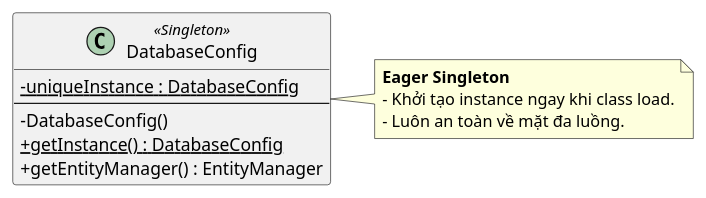
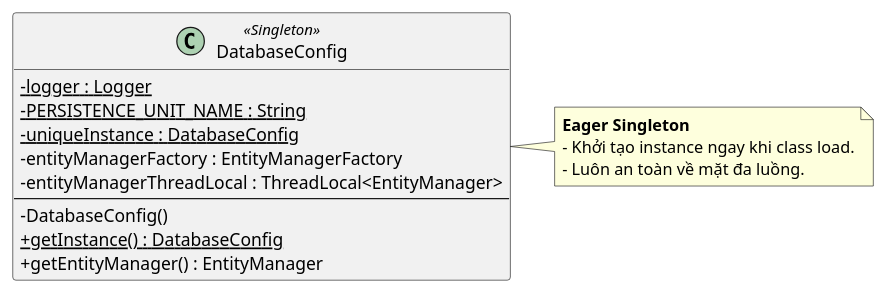
One commit to trihieuvo/justFUML changed the diagram in src/Khanh_Pattern_Puml/singleton_eager_database.puml. Above: the diagram before and after it, drawn with PlantUML. The commit also changed 8 other files, not shown here.

First line of the commit message:
Update UML diagrams and add design patterns report

```diff
--- a/src/Khanh_Pattern_Puml/singleton_eager_database.puml
+++ b/src/Khanh_Pattern_Puml/singleton_eager_database.puml
@@ -1,18 +1,22 @@
 @startuml
 skinparam ClassAttributeIconSize 0
 
 class DatabaseConfig <<Singleton>> {
+    - {static} logger : Logger
+    - {static} PERSISTENCE_UNIT_NAME : String
     - {static} uniqueInstance : DatabaseConfig
+    - entityManagerFactory : EntityManagerFactory
+    - entityManagerThreadLocal : ThreadLocal<EntityManager>
     --
     - DatabaseConfig()
     + {static} getInstance() : DatabaseConfig
     + getEntityManager() : EntityManager
 }
 
 note right of DatabaseConfig
   **Eager Singleton**
   - Khởi tạo instance ngay khi class load.
   - Luôn an toàn về mặt đa luồng.
 end note
 
 @enduml
```
